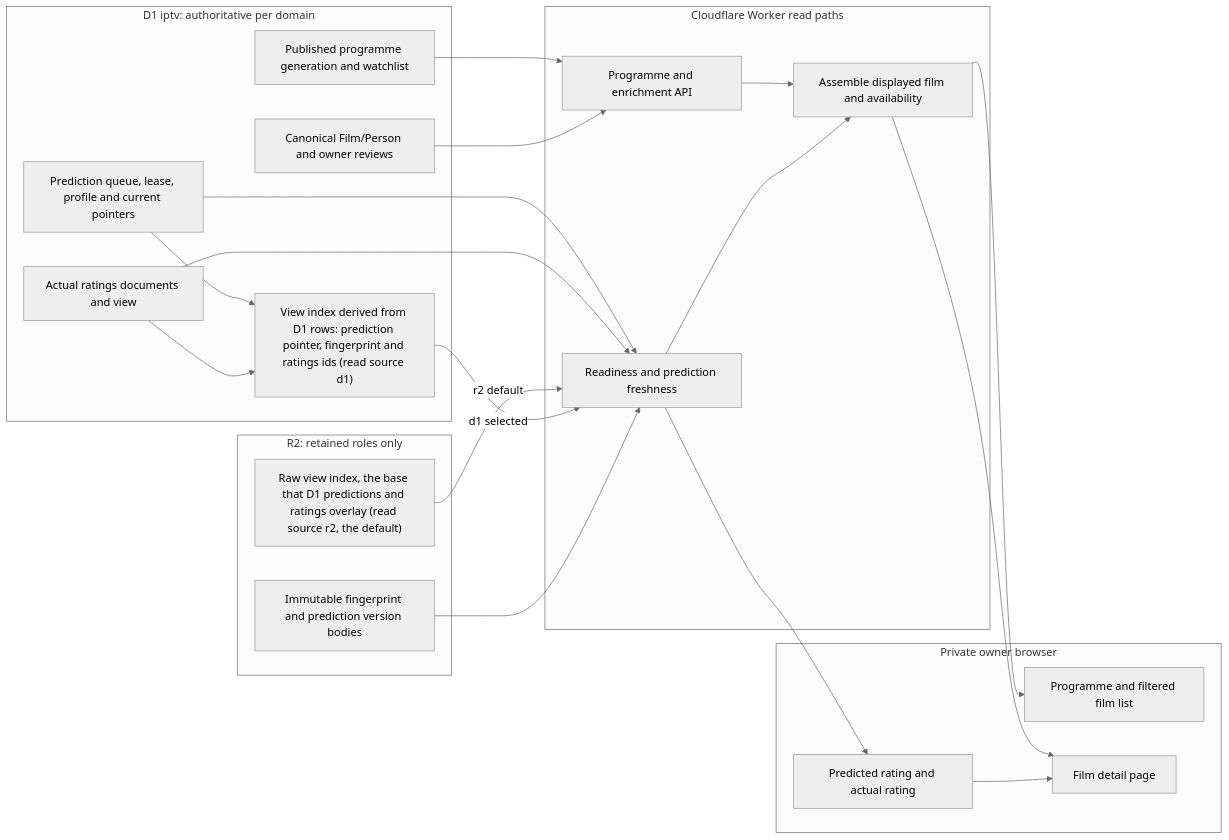
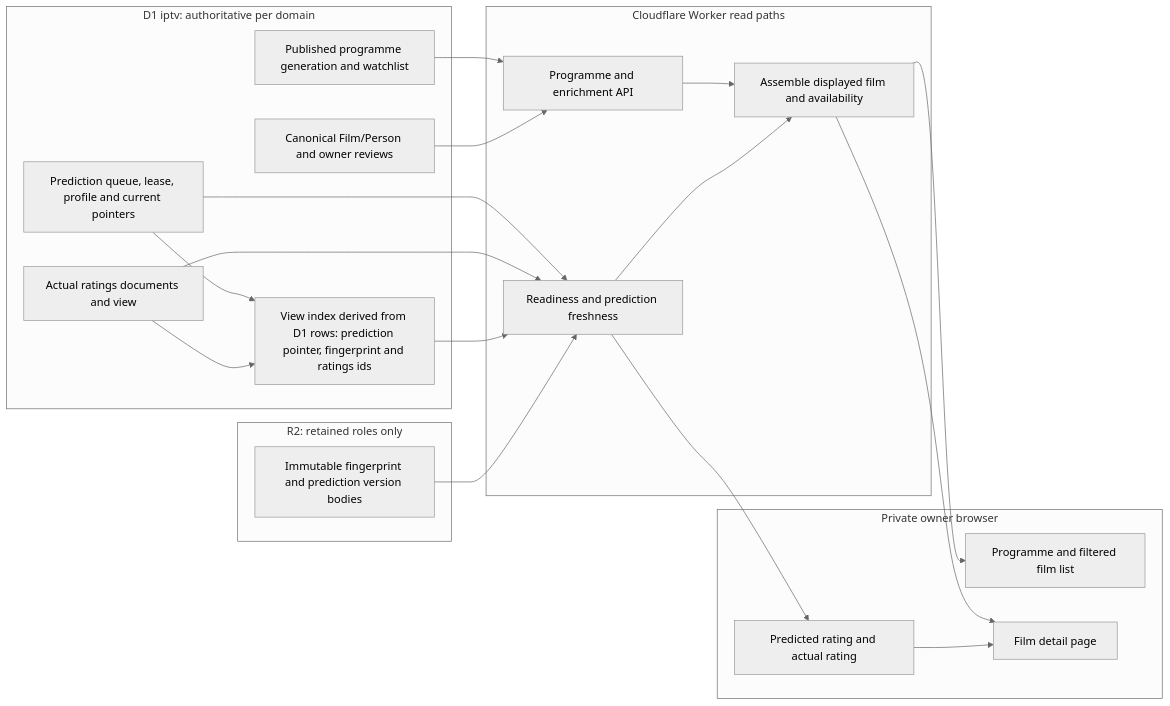
Before and after one commit to vladimino/iptv-watchlist: the first of 2 diagrams in docs/architecture/ui-and-read-models.md, drawn with Mermaid (neutral theme). The commit also changed other lines of this file and 154 other files, not shown here.

First line of the commit message:
AIR-558: retire VIEW_INDEX_SOURCE, the raw view-index read path and its writers (#865)

````diff
--- a/docs/architecture/ui-and-read-models.md
+++ b/docs/architecture/ui-and-read-models.md
@@ -5,39 +5,37 @@
 ```mermaid
 flowchart LR
     subgraph Authority["D1 iptv: authoritative per domain"]
         d1pub["Published programme generation and watchlist"]
         d1canon["Canonical Film/Person and owner reviews"]
         d1pred["Prediction queue, lease, profile and current pointers"]
         d1rat["Actual ratings documents and view"]
-        d1idx["View index derived from D1 rows: prediction pointer, fingerprint and ratings ids (read source d1)"]
+        d1idx["View index derived from D1 rows: prediction pointer, fingerprint and ratings ids"]
     end
     subgraph R2roles["R2: retained roles only"]
-        idx["Raw view index, the base that D1 predictions and ratings overlay (read source r2, the default)"]
         bodies["Immutable fingerprint and prediction version bodies"]
     end
     subgraph Server["Cloudflare Worker read paths"]
         api["Programme and enrichment API"]
         combine["Assemble displayed film and availability"]
         ready["Readiness and prediction freshness"]
     end
     subgraph UI["Private owner browser"]
         shortlist["Programme and filtered film list"]
         details["Film detail page"]
         ratings["Predicted rating and actual rating"]
     end
     d1pub --> api
     d1canon --> api
     d1pred --> ready
     d1rat --> ready
     d1pred --> d1idx
     d1rat --> d1idx
-    idx -->|"r2 default"| ready
-    d1idx -->|"d1 selected"| ready
+    d1idx --> ready
     bodies --> ready
     api --> combine
     ready --> combine
     combine --> shortlist
     combine --> details
     ready --> ratings
     ratings --> details
 ```
````
